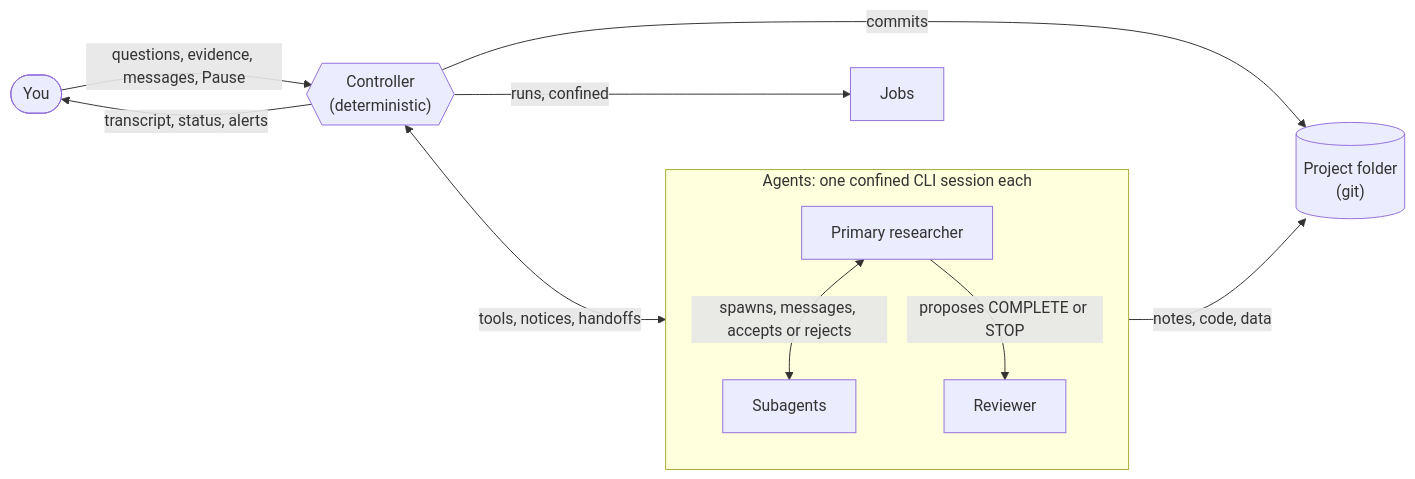
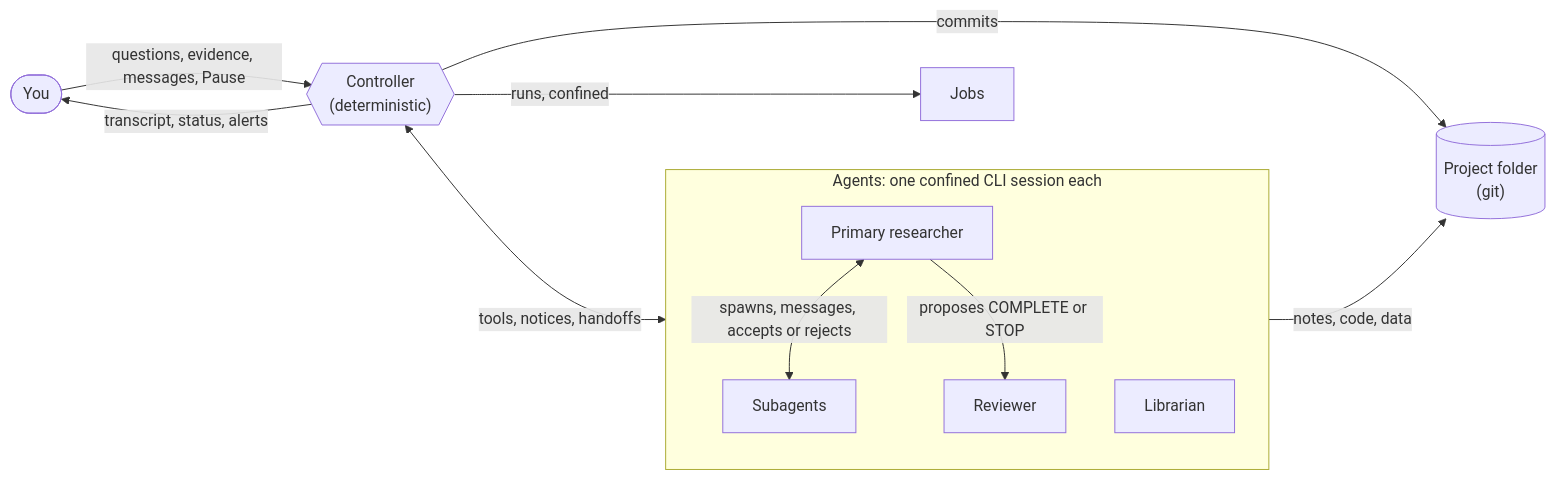
Before and after one commit to OtiDioti/research_pipeline: the diagram in README.md, drawn with Mermaid. The commit also changed other lines of this file and 17 other files, not shown here.

````diff
--- a/README.md
+++ b/README.md
@@ -11,13 +12,14 @@
 ```mermaid
 flowchart LR
     You([You]) -->|questions, evidence, messages, Pause| C{{"Controller<br/>(deterministic)"}}
     C -->|transcript, status, alerts| You
     C <-->|tools, notices, handoffs| A
     subgraph A ["Agents: one confined CLI session each"]
         P[Primary researcher] <-->|spawns, messages, accepts or rejects| S[Subagents]
         P -->|proposes COMPLETE or STOP| R[Reviewer]
+        L[Librarian]
     end
     C -->|runs, confined| J[Jobs]
     A -->|notes, code, data| F[("Project folder<br/>(git)")]
     C -->|commits| F
 ```
````
